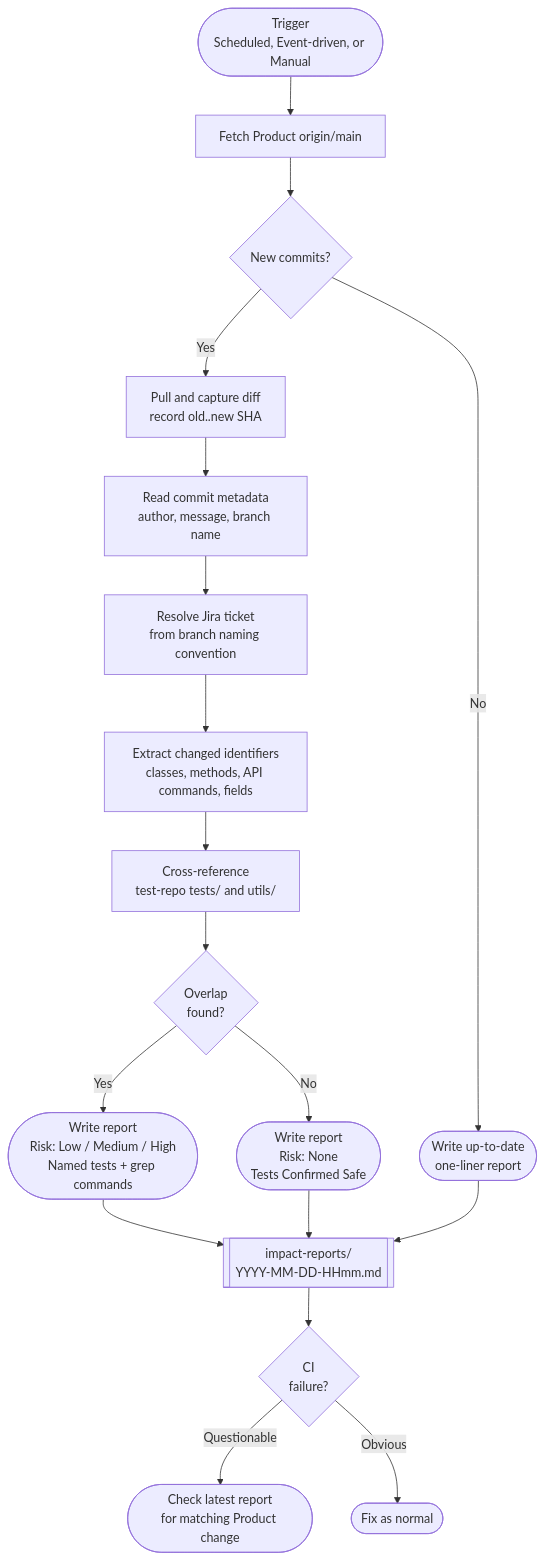
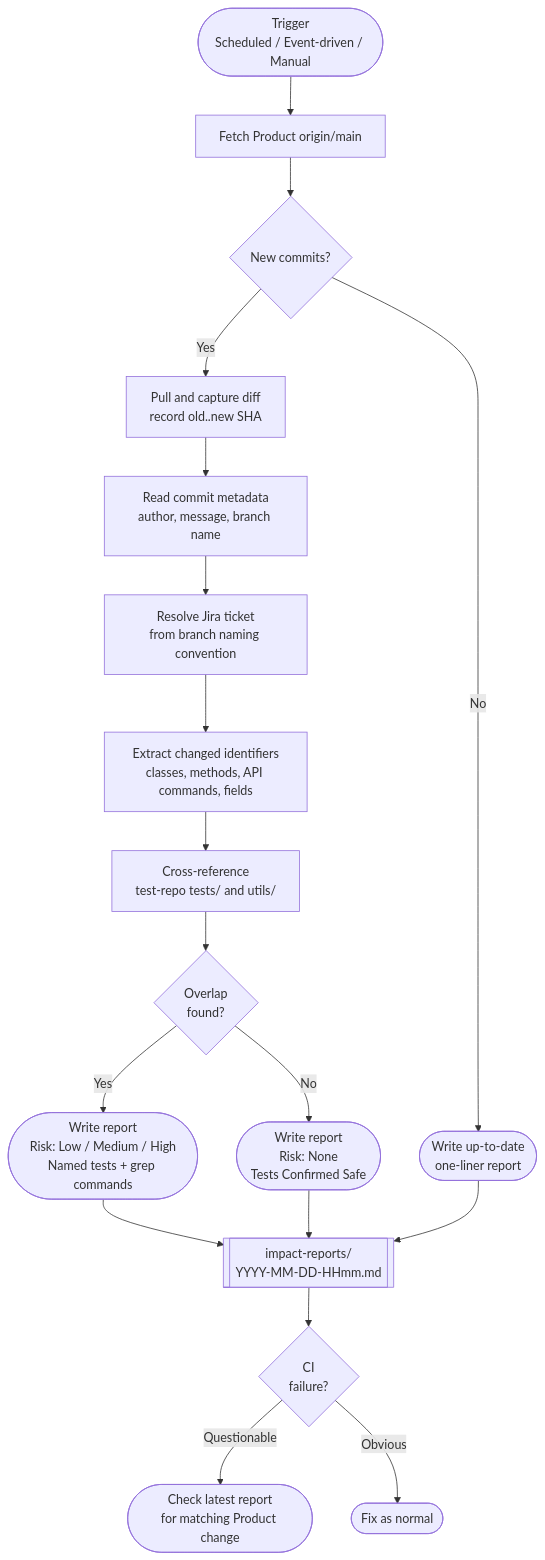
One commit to reckten/agent-workflow-designs changed the diagram in pipelines/shift-left-monitor.md. Above: the diagram before and after it, drawn with Mermaid. The commit also changed other lines of this file, not shown here.

Commit message:
refine: make scheduled trigger configurable, remove hardcoded times

````diff
--- a/pipelines/shift-left-monitor.md
+++ b/pipelines/shift-left-monitor.md
@@ -19,26 +19,26 @@
 ```mermaid
 flowchart TD
-    A([Trigger\nScheduled, Event-driven, or Manual]) --> B[Fetch Product origin/main]
+    A([Trigger\nScheduled / Event-driven / Manual]) --> B[Fetch Product origin/main]
     B --> C{New commits?}
 
     C -- No --> D([Write up-to-date\none-liner report])
 
     C -- Yes --> E[Pull and capture diff\nrecord old..new SHA]
     E --> E2[Read commit metadata\nauthor, message, branch name]
     E2 --> E3[Resolve Jira ticket\nfrom branch naming convention]
     E3 --> F[Extract changed identifiers\nclasses, methods, API commands, fields]
     F --> G[Cross-reference\ntest-repo tests/ and utils/]
 
     G --> H{Overlap\nfound?}
 
     H -- No --> I([Write report\nRisk: None\nTests Confirmed Safe])
     H -- Yes --> J([Write report\nRisk: Low / Medium / High\nNamed tests + grep commands])
 
     J --> K[[impact-reports/\nYYYY-MM-DD-HHmm.md]]
     I --> K
     D --> K
 
     K --> L{CI\nfailure?}
     L -- Questionable --> M([Check latest report\nfor matching Product change])
     L -- Obvious --> N([Fix as normal])
 ```
````
